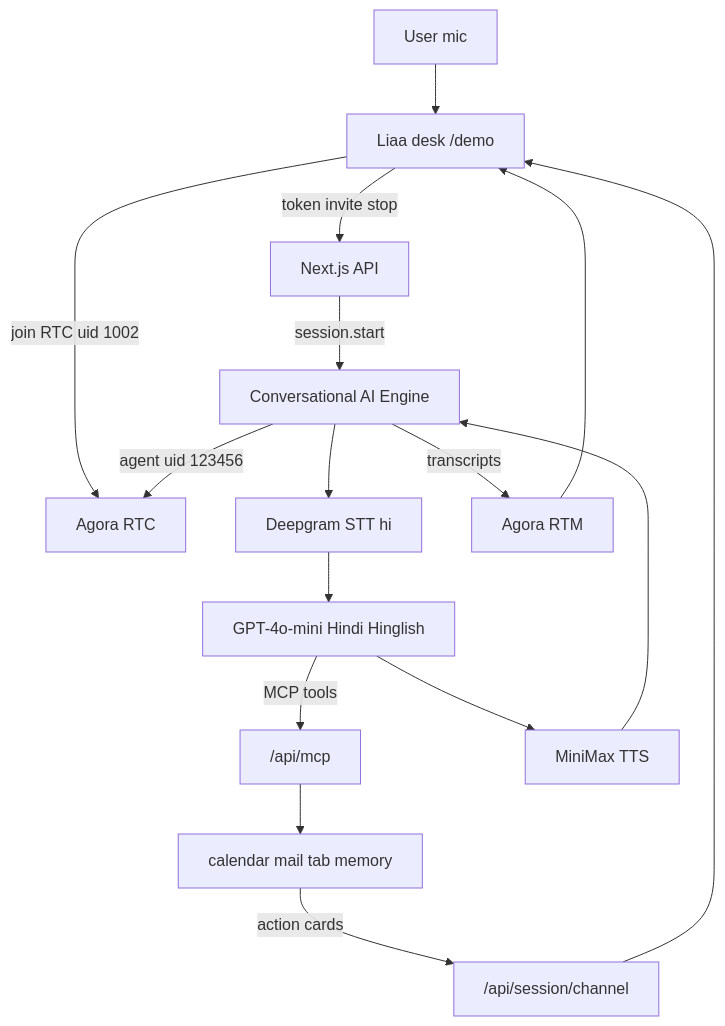
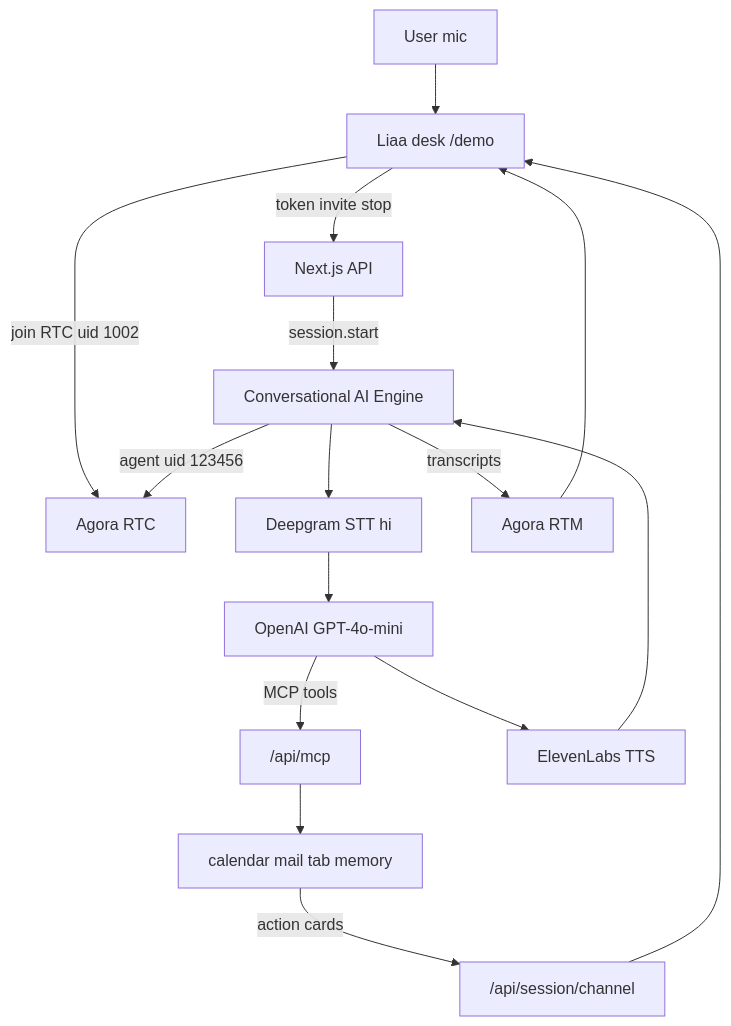
One commit to krabhi75/LIAA changed the diagram in docs/ARCHITECTURE.md. Above: the diagram before and after it, drawn with Mermaid. The commit also changed other lines of this file and 13 other files, not shown here.

Commit message:
Clarify README voice stack (Deepgram, OpenAI, ElevenLabs) and drop Cursor junk.

````diff
--- a/docs/ARCHITECTURE.md
+++ b/docs/ARCHITECTURE.md
@@ -40,18 +40,18 @@
 ```mermaid
 flowchart TB
   User[User mic] --> Desk[Liaa desk /demo]
   Desk -->|join RTC uid 1002| RTC[Agora RTC]
   Desk -->|token invite stop| API[Next.js API]
   API -->|session.start| CAI[Conversational AI Engine]
   CAI -->|agent uid 123456| RTC
   CAI --> STT[Deepgram STT hi]
-  STT --> LLM[GPT-4o-mini Hindi Hinglish]
+  STT --> LLM[OpenAI GPT-4o-mini]
   LLM -->|MCP tools| MCP["/api/mcp"]
   MCP --> Tools[calendar mail tab memory]
-  LLM --> TTS[MiniMax TTS]
+  LLM --> TTS[ElevenLabs TTS]
   TTS --> CAI
   CAI -->|transcripts| RTM[Agora RTM]
   RTM --> Desk
   Tools -->|action cards| Session["/api/session/channel"]
   Session --> Desk
 ```
````
